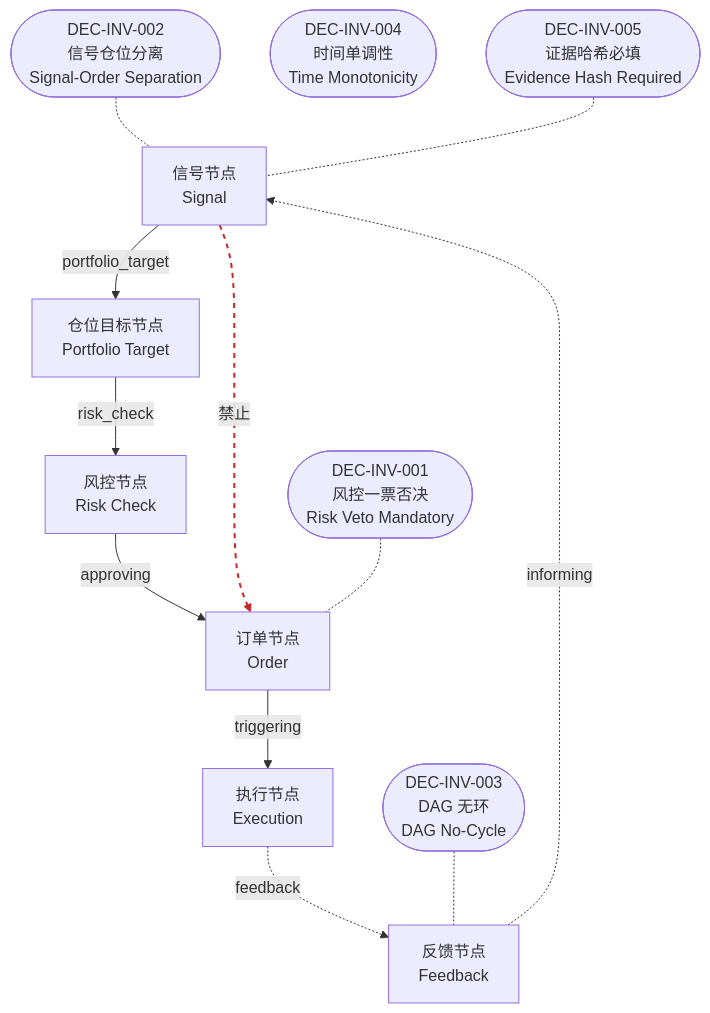
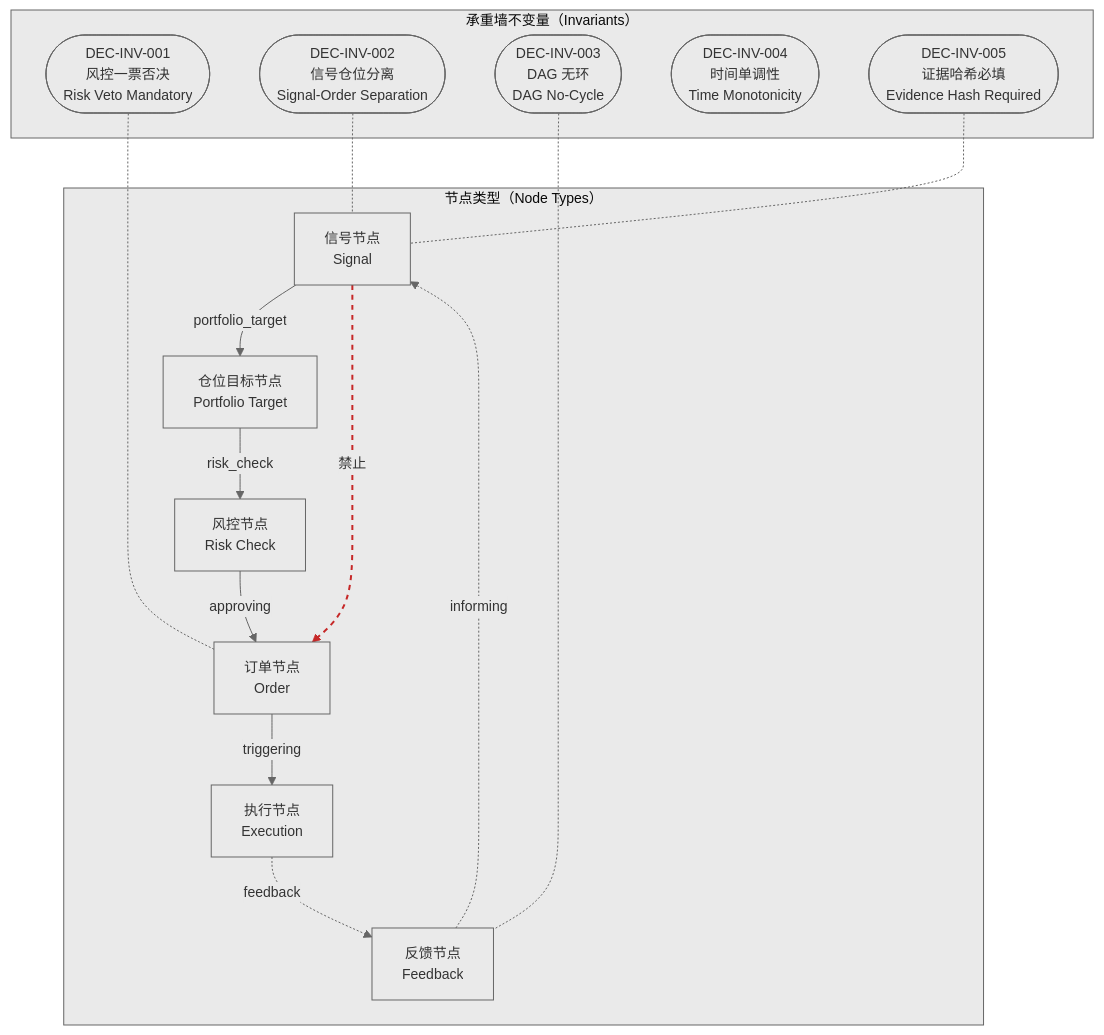
Before and after one commit to xuanFelixVan/ZephyrAlpha: the diagram in docs/02_enterprise_architecture/06_decision_architecture/21_decision_invariants.md, drawn with Mermaid. The commit also changed other lines of this file and 23 other files, not shown here.

First line of the commit message:
fix(decision-diagram): mermaid 图加 subgraph 容器 + clusterBkg 主题变量

````diff
--- a/docs/02_enterprise_architecture/06_decision_architecture/21_decision_invariants.md
+++ b/docs/02_enterprise_architecture/06_decision_architecture/21_decision_invariants.md
@@ -10,26 +10,31 @@
 ```mermaid
+%%{init: {'theme': 'base', 'themeVariables': {'primaryColor': '#eaeaea', 'primaryTextColor': '#333333', 'primaryBorderColor': '#666666', 'lineColor': '#666666', 'clusterBkg': '#eaeaea', 'clusterBorder': '#666666', 'fontSize': '14px'}}}%%
 flowchart TD
-    NT_signal["信号节点<br/>Signal"]
-    NT_portfolio_target["仓位目标节点<br/>Portfolio Target"]
-    NT_risk_check["风控节点<br/>Risk Check"]
-    NT_order["订单节点<br/>Order"]
-    NT_execution["执行节点<br/>Execution"]
-    NT_feedback["反馈节点<br/>Feedback"]
+    subgraph nt_sg["节点类型（Node Types）"]
+        NT_signal["信号节点<br/>Signal"]
+        NT_portfolio_target["仓位目标节点<br/>Portfolio Target"]
+        NT_risk_check["风控节点<br/>Risk Check"]
+        NT_order["订单节点<br/>Order"]
+        NT_execution["执行节点<br/>Execution"]
+        NT_feedback["反馈节点<br/>Feedback"]
+    end
     NT_signal -->|portfolio_target| NT_portfolio_target
     NT_portfolio_target -->|risk_check| NT_risk_check
     NT_risk_check -->|approving| NT_order
     NT_order -->|triggering| NT_execution
     NT_execution -.->|feedback| NT_feedback
     NT_feedback -.->|informing| NT_signal
     NT_signal -.->|禁止| NT_order
     linkStyle 6 stroke:#c62828,stroke-width:2px,stroke-dasharray: 5 5
-    INV_DEC_INV_001(["DEC-INV-001<br/>风控一票否决<br/>Risk Veto Mandatory"])
-    INV_DEC_INV_002(["DEC-INV-002<br/>信号仓位分离<br/>Signal-Order Separation"])
-    INV_DEC_INV_003(["DEC-INV-003<br/>DAG 无环<br/>DAG No-Cycle"])
-    INV_DEC_INV_004(["DEC-INV-004<br/>时间单调性<br/>Time Monotonicity"])
-    INV_DEC_INV_005(["DEC-INV-005<br/>证据哈希必填<br/>Evidence Hash Required"])
+    subgraph inv_sg["承重墙不变量（Invariants）"]
+        INV_DEC_INV_001(["DEC-INV-001<br/>风控一票否决<br/>Risk Veto Mandatory"])
+        INV_DEC_INV_002(["DEC-INV-002<br/>信号仓位分离<br/>Signal-Order Separation"])
+        INV_DEC_INV_003(["DEC-INV-003<br/>DAG 无环<br/>DAG No-Cycle"])
+        INV_DEC_INV_004(["DEC-INV-004<br/>时间单调性<br/>Time Monotonicity"])
+        INV_DEC_INV_005(["DEC-INV-005<br/>证据哈希必填<br/>Evidence Hash Required"])
+    end
     INV_DEC_INV_001 -.- NT_order
     INV_DEC_INV_002 -.- NT_signal
     INV_DEC_INV_003 -.- NT_feedback
     INV_DEC_INV_005 -.- NT_signal
 ```
````
